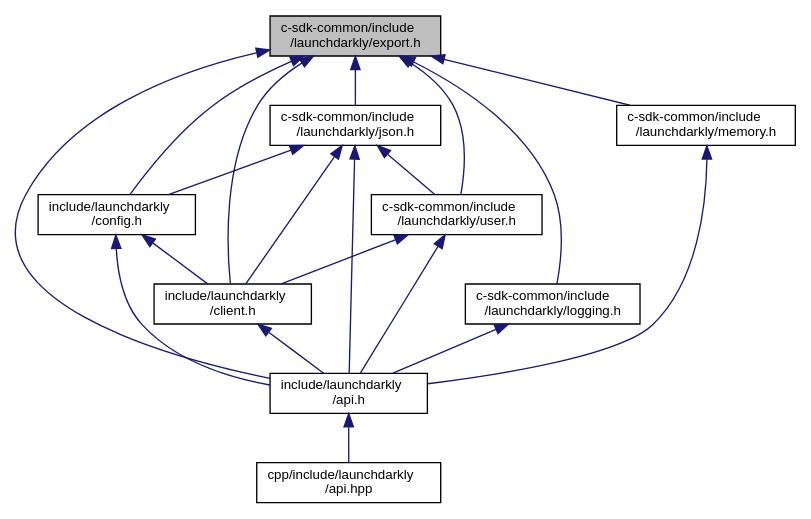
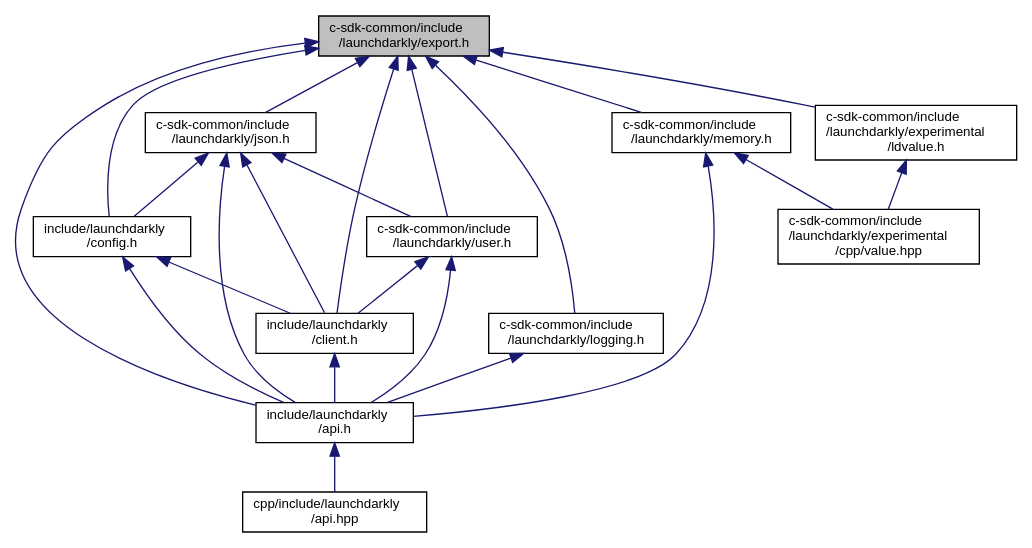
The diagram in export_8h__dep__incl.dot (launchdarkly/c-client-sdk), drawn with Graphviz before and after one commit. The commit also changed 268 other files, not shown here.

```diff
--- a/export_8h__dep__incl.dot
+++ b/export_8h__dep__incl.dot
@@ -1,33 +1,39 @@
 digraph "c-sdk-common/include/launchdarkly/export.h"
 {
+ // LATEX_PDF_SIZE
   edge [fontname="Helvetica",fontsize="10",labelfontname="Helvetica",labelfontsize="10"];
   node [fontname="Helvetica",fontsize="10",shape=record];
-  Node1 [label="c-sdk-common/include\l/launchdarkly/export.h",height=0.2,width=0.4,color="black", fillcolor="grey75", style="filled", fontcolor="black"];
+  Node1 [label="c-sdk-common/include\l/launchdarkly/export.h",height=0.2,width=0.4,color="black", fillcolor="grey75", style="filled", fontcolor="black",tooltip="Public. Configuration of exported symbols."];
   Node1 -> Node2 [dir="back",color="midnightblue",fontsize="10",style="solid",fontname="Helvetica"];
-  Node2 [label="include/launchdarkly\l/config.h",height=0.2,width=0.4,color="black", fillcolor="white", style="filled",URL="$config_8h.html",tooltip="Public API Interface for Configuration. "];
+  Node2 [label="include/launchdarkly\l/config.h",height=0.2,width=0.4,color="black", fillcolor="white", style="filled",URL="$config_8h.html",tooltip="Public API Interface for Configuration."];
   Node2 -> Node3 [dir="back",color="midnightblue",fontsize="10",style="solid",fontname="Helvetica"];
-  Node3 [label="include/launchdarkly\l/client.h",height=0.2,width=0.4,color="black", fillcolor="white", style="filled",URL="$client_8h.html",tooltip="Public Client control and variations. "];
+  Node3 [label="include/launchdarkly\l/client.h",height=0.2,width=0.4,color="black", fillcolor="white", style="filled",URL="$client_8h.html",tooltip="Public Client control and variations."];
   Node3 -> Node4 [dir="back",color="midnightblue",fontsize="10",style="solid",fontname="Helvetica"];
-  Node4 [label="include/launchdarkly\l/api.h",height=0.2,width=0.4,color="black", fillcolor="white", style="filled",URL="$api_8h.html",tooltip="Public API. Include this for every public operation. "];
+  Node4 [label="include/launchdarkly\l/api.h",height=0.2,width=0.4,color="black", fillcolor="white", style="filled",URL="$api_8h.html",tooltip="Public API. Include this for every public operation."];
   Node4 -> Node5 [dir="back",color="midnightblue",fontsize="10",style="solid",fontname="Helvetica"];
-  Node5 [label="cpp/include/launchdarkly\l/api.hpp",height=0.2,width=0.4,color="black", fillcolor="white", style="filled",URL="$api_8hpp.html",tooltip="Public C++ bindings for the LaunchDarkly Client Side C/C++ SDK. "];
+  Node5 [label="cpp/include/launchdarkly\l/api.hpp",height=0.2,width=0.4,color="black", fillcolor="white", style="filled",URL="$api_8hpp.html",tooltip="Public C++ bindings for the LaunchDarkly Client Side C/C++ SDK."];
   Node2 -> Node4 [dir="back",color="midnightblue",fontsize="10",style="solid",fontname="Helvetica"];
   Node1 -> Node6 [dir="back",color="midnightblue",fontsize="10",style="solid",fontname="Helvetica"];
-  Node6 [label="c-sdk-common/include\l/launchdarkly/json.h",height=0.2,width=0.4,color="black", fillcolor="white", style="filled",URL="$json_8h.html",tooltip="Public API Interface for JSON usage. "];
+  Node6 [label="c-sdk-common/include\l/launchdarkly/json.h",height=0.2,width=0.4,color="black", fillcolor="white", style="filled",URL="$json_8h.html",tooltip="Public API Interface for JSON usage."];
   Node6 -> Node2 [dir="back",color="midnightblue",fontsize="10",style="solid",fontname="Helvetica"];
   Node6 -> Node3 [dir="back",color="midnightblue",fontsize="10",style="solid",fontname="Helvetica"];
   Node6 -> Node7 [dir="back",color="midnightblue",fontsize="10",style="solid",fontname="Helvetica"];
-  Node7 [label="c-sdk-common/include\l/launchdarkly/user.h",height=0.2,width=0.4,color="black", fillcolor="white", style="filled",URL="$user_8h.html",tooltip="Public API Interface for User construction. "];
+  Node7 [label="c-sdk-common/include\l/launchdarkly/user.h",height=0.2,width=0.4,color="black", fillcolor="white", style="filled",URL="$user_8h.html",tooltip="Public API Interface for User construction."];
   Node7 -> Node3 [dir="back",color="midnightblue",fontsize="10",style="solid",fontname="Helvetica"];
   Node7 -> Node4 [dir="back",color="midnightblue",fontsize="10",style="solid",fontname="Helvetica"];
   Node6 -> Node4 [dir="back",color="midnightblue",fontsize="10",style="solid",fontname="Helvetica"];
   Node1 -> Node3 [dir="back",color="midnightblue",fontsize="10",style="solid",fontname="Helvetica"];
   Node1 -> Node7 [dir="back",color="midnightblue",fontsize="10",style="solid",fontname="Helvetica"];
   Node1 -> Node4 [dir="back",color="midnightblue",fontsize="10",style="solid",fontname="Helvetica"];
   Node1 -> Node8 [dir="back",color="midnightblue",fontsize="10",style="solid",fontname="Helvetica"];
-  Node8 [label="c-sdk-common/include\l/launchdarkly/logging.h",height=0.2,width=0.4,color="black", fillcolor="white", style="filled",URL="$logging_8h.html",tooltip="Public API Interface for Logging. "];
+  Node8 [label="c-sdk-common/include\l/launchdarkly/logging.h",height=0.2,width=0.4,color="black", fillcolor="white", style="filled",URL="$logging_8h.html",tooltip="Public API Interface for Logging."];
   Node8 -> Node4 [dir="back",color="midnightblue",fontsize="10",style="solid",fontname="Helvetica"];
   Node1 -> Node9 [dir="back",color="midnightblue",fontsize="10",style="solid",fontname="Helvetica"];
-  Node9 [label="c-sdk-common/include\l/launchdarkly/memory.h",height=0.2,width=0.4,color="black", fillcolor="white", style="filled",URL="$memory_8h.html",tooltip="Public API. Operations for managing memory. "];
+  Node9 [label="c-sdk-common/include\l/launchdarkly/memory.h",height=0.2,width=0.4,color="black", fillcolor="white", style="filled",URL="$memory_8h.html",tooltip="Public API. Operations for managing memory."];
   Node9 -> Node4 [dir="back",color="midnightblue",fontsize="10",style="solid",fontname="Helvetica"];
+  Node9 -> Node10 [dir="back",color="midnightblue",fontsize="10",style="solid",fontname="Helvetica"];
+  Node10 [label="c-sdk-common/include\l/launchdarkly/experimental\l/cpp/value.hpp",height=0.2,width=0.4,color="black", fillcolor="white", style="filled",URL="$value_8hpp_source.html",tooltip=" "];
+  Node1 -> Node11 [dir="back",color="midnightblue",fontsize="10",style="solid",fontname="Helvetica"];
+  Node11 [label="c-sdk-common/include\l/launchdarkly/experimental\l/ldvalue.h",height=0.2,width=0.4,color="black", fillcolor="white", style="filled",URL="$ldvalue_8h.html",tooltip="LDValues represent immutable JSON values."];
+  Node11 -> Node10 [dir="back",color="midnightblue",fontsize="10",style="solid",fontname="Helvetica"];
 }
```
